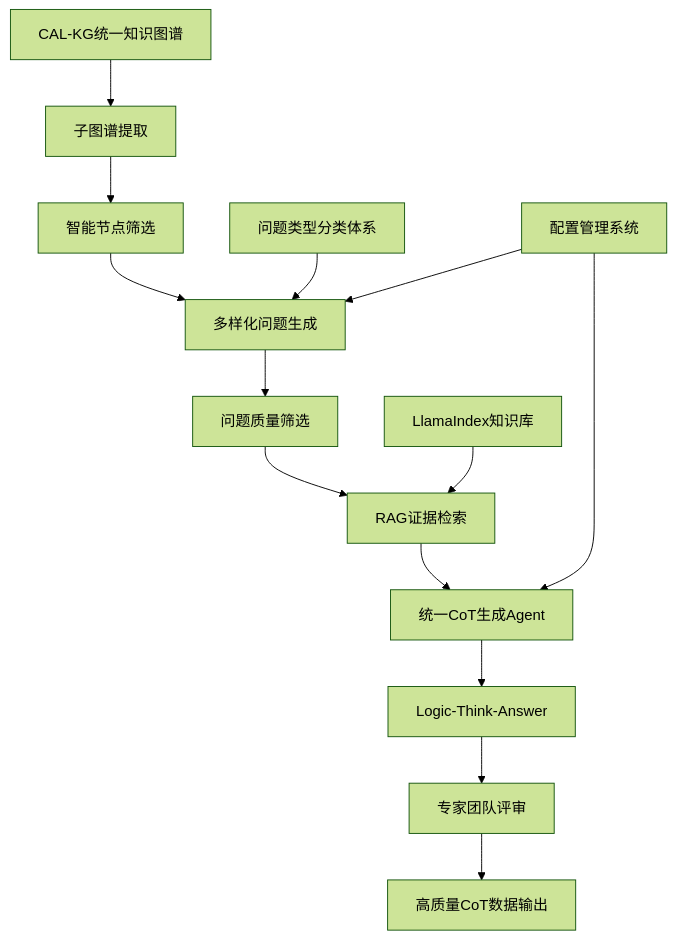
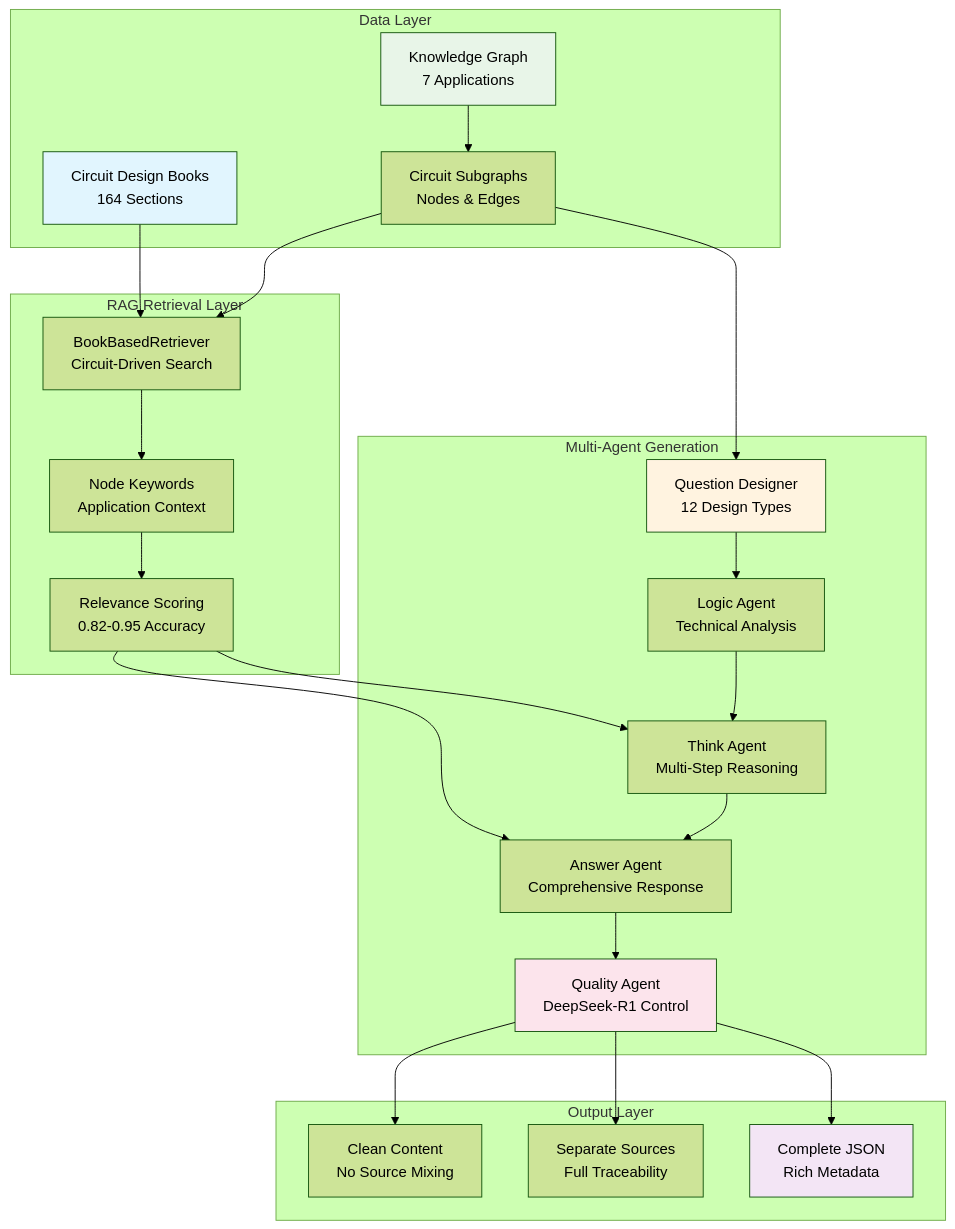
Before and after one commit to THU-YiZhang/CAL_KG_System: the first of 2 diagrams in CT-MA-CircuitThinking/README.md, drawn with Mermaid (forest theme). The commit also changed other lines of this file, not shown here.

````diff
--- a/CT-MA-CircuitThinking/README.md
+++ b/CT-MA-CircuitThinking/README.md
@@ -124,17 +37,52 @@
 ```mermaid
-graph TD
-    A[CAL-KG统一知识图谱] --> B[子图谱提取]
-    B --> C[智能节点筛选]
-    C --> D[多样化问题生成]
-    D --> E[问题质量筛选]
-    E --> F[RAG证据检索]
-    F --> G[统一CoT生成Agent]
-    G --> H[Logic-Think-Answer]
-    H --> I[专家团队评审]
-    I --> J[高质量CoT数据输出]
-
-    K[LlamaIndex知识库] --> F
-    L[问题类型分类体系] --> D
-    M[配置管理系统] --> D
-    M --> G
+graph TB
+    subgraph "Data Layer"
+        A[Circuit Design Books<br/>164 Sections]
+        B[Knowledge Graph<br/>7 Applications]
+        C[Circuit Subgraphs<br/>Nodes & Edges]
+    end
+    
+    subgraph "RAG Retrieval Layer"
+        D[BookBasedRetriever<br/>Circuit-Driven Search]
+        E[Node Keywords<br/>Application Context]
+        F[Relevance Scoring<br/>0.82-0.95 Accuracy]
+    end
+    
+    subgraph "Multi-Agent Generation"
+        G[Question Designer<br/>12 Design Types]
+        H[Logic Agent<br/>Technical Analysis]
+        I[Think Agent<br/>Multi-Step Reasoning]
+        J[Answer Agent<br/>Comprehensive Response]
+        K[Quality Agent<br/>DeepSeek-R1 Control]
+    end
+    
+    subgraph "Output Layer"
+        L[Clean Content<br/>No Source Mixing]
+        M[Separate Sources<br/>Full Traceability]
+        N[Complete JSON<br/>Rich Metadata]
+    end
+    
+    A --> D
+    B --> C
+    C --> G
+    C --> D
+    D --> E
+    E --> F
+    F --> I
+    F --> J
+    
+    G --> H
+    H --> I
+    I --> J
+    J --> K
+    
+    K --> L
+    K --> M
+    K --> N
+    
+    style A fill:#e1f5fe
+    style B fill:#e8f5e8
+    style G fill:#fff3e0
+    style K fill:#fce4ec
+    style N fill:#f3e5f5
 ```
````
